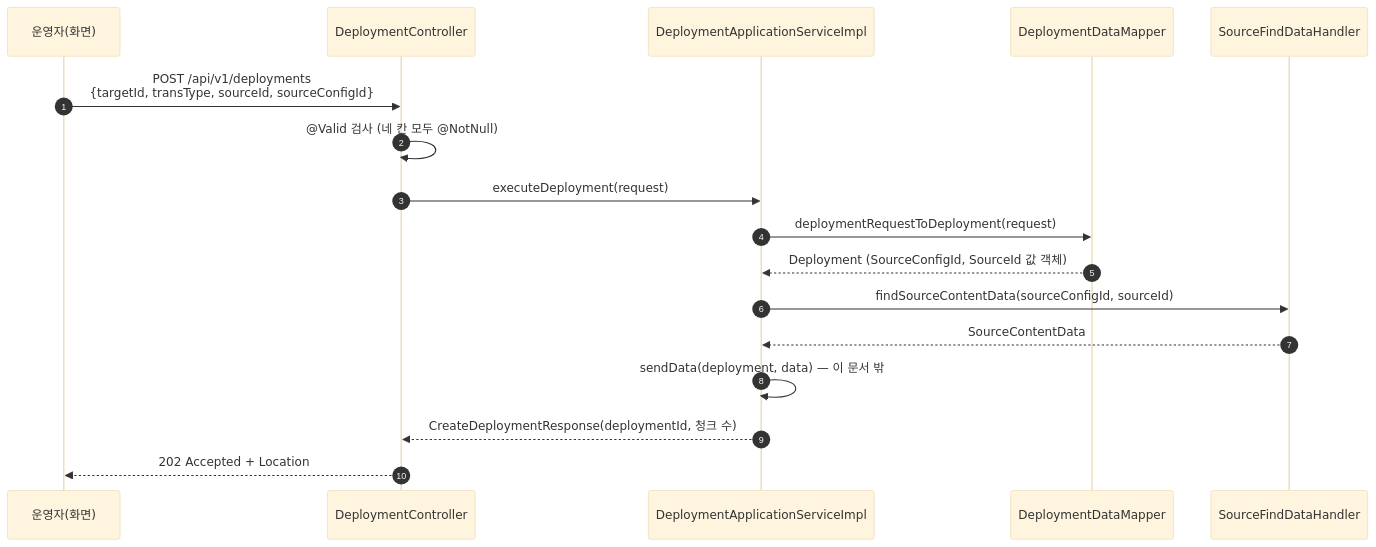
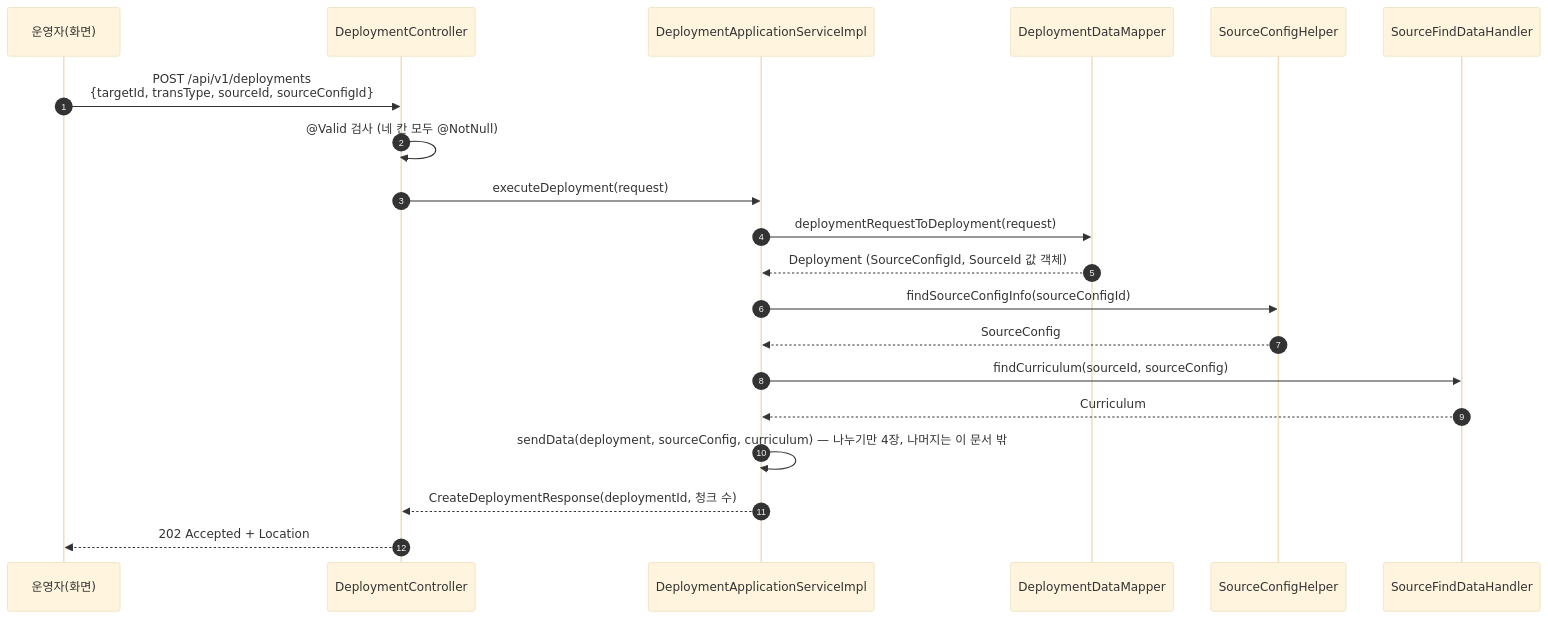
Before and after one commit to brunosong/transfersystem: the third of 15 diagrams in docs/system/source-read.md, drawn with Mermaid (base theme). The commit also changed other lines of this file and 3 other files, not shown here.

````diff
--- a/docs/system/source-read.md
+++ b/docs/system/source-read.md
@@ -79,20 +83,23 @@
 ```mermaid
 sequenceDiagram
   autonumber
   participant OP as 운영자(화면)
   participant C as DeploymentController
   participant S as DeploymentApplicationServiceImpl
   participant M as DeploymentDataMapper
+  participant CH as SourceConfigHelper
   participant H as SourceFindDataHandler
 
   OP->>C: POST /api/v1/deployments<br/>{targetId, transType, sourceId, sourceConfigId}
   C->>C: @Valid 검사 (네 칸 모두 @NotNull)
   C->>S: executeDeployment(request)
   S->>M: deploymentRequestToDeployment(request)
   M-->>S: Deployment (SourceConfigId, SourceId 값 객체)
-  S->>H: findSourceContentData(sourceConfigId, sourceId)
-  H-->>S: SourceContentData
-  S->>S: sendData(deployment, data) — 이 문서 밖
+  S->>CH: findSourceConfigInfo(sourceConfigId)
+  CH-->>S: SourceConfig
+  S->>H: findCurriculum(sourceId, sourceConfig)
+  H-->>S: Curriculum
+  S->>S: sendData(deployment, sourceConfig, curriculum) — 나누기만 4장, 나머지는 이 문서 밖
   S-->>C: CreateDeploymentResponse(deploymentId, 청크 수)
   C-->>OP: 202 Accepted + Location
 ```
````
